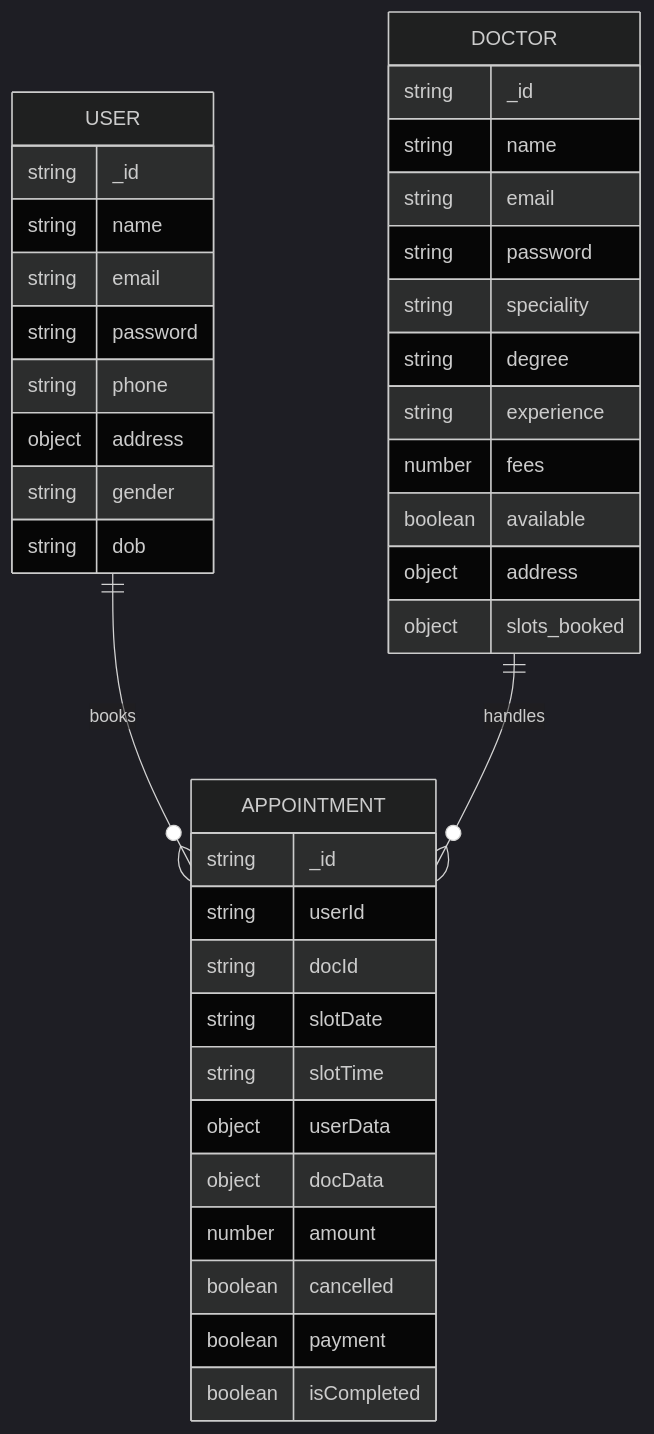
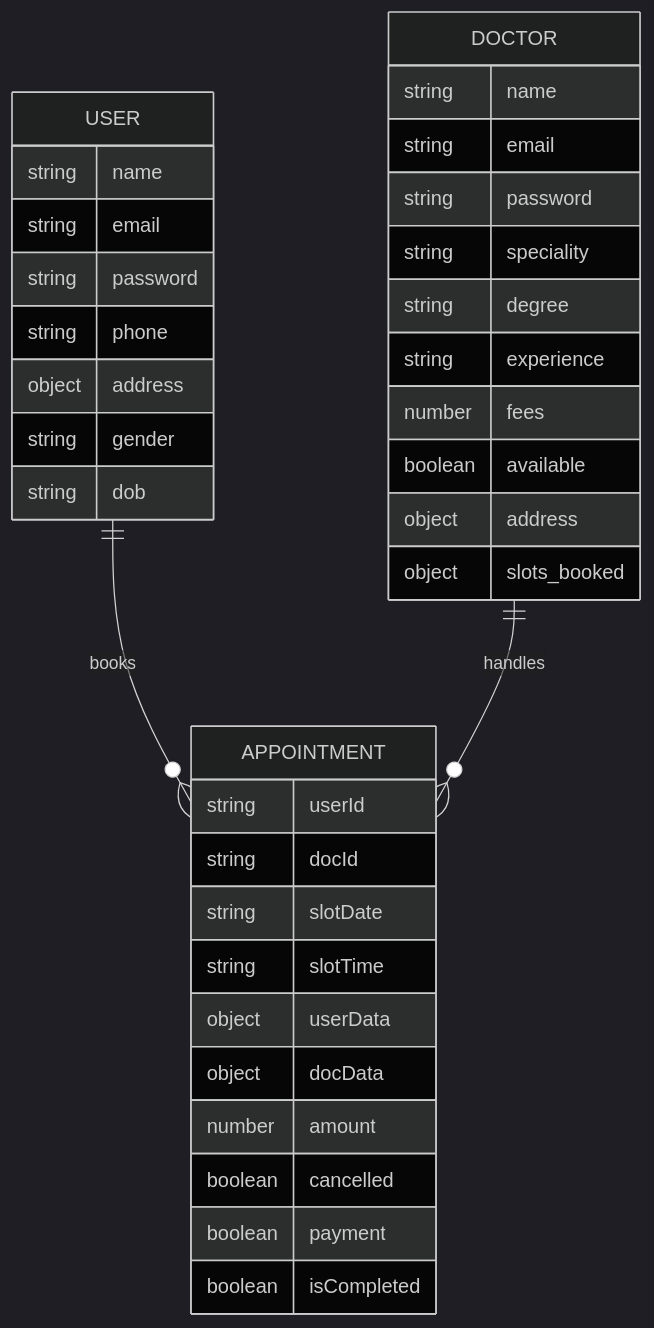
The third of 3 diagrams in README.md (rishavraj69/Synapse-Hospiltal-Management-System), drawn with Mermaid (dark theme) before and after one commit. The commit also changed other lines of this file and 1 other file, not shown here.

````diff
--- a/README.md
+++ b/README.md
@@ -309,44 +341,41 @@
 ```mermaid
 erDiagram
     USER ||--o{ APPOINTMENT : books
     DOCTOR ||--o{ APPOINTMENT : handles
 
     USER {
-        string _id
         string name
         string email
         string password
         string phone
         object address
         string gender
         string dob
     }
 
     DOCTOR {
-        string _id
         string name
         string email
         string password
         string speciality
         string degree
         string experience
         number fees
         boolean available
         object address
         object slots_booked
     }
 
     APPOINTMENT {
-        string _id
         string userId
         string docId
         string slotDate
         string slotTime
         object userData
         object docData
         number amount
         boolean cancelled
         boolean payment
         boolean isCompleted
     }
 ```
````
